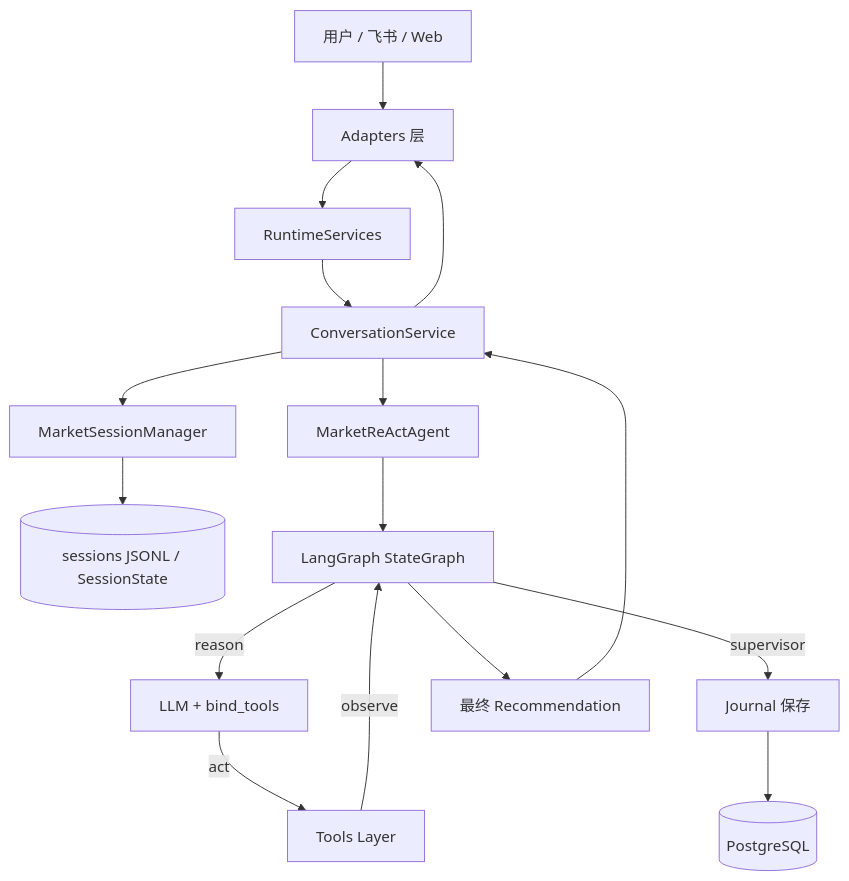
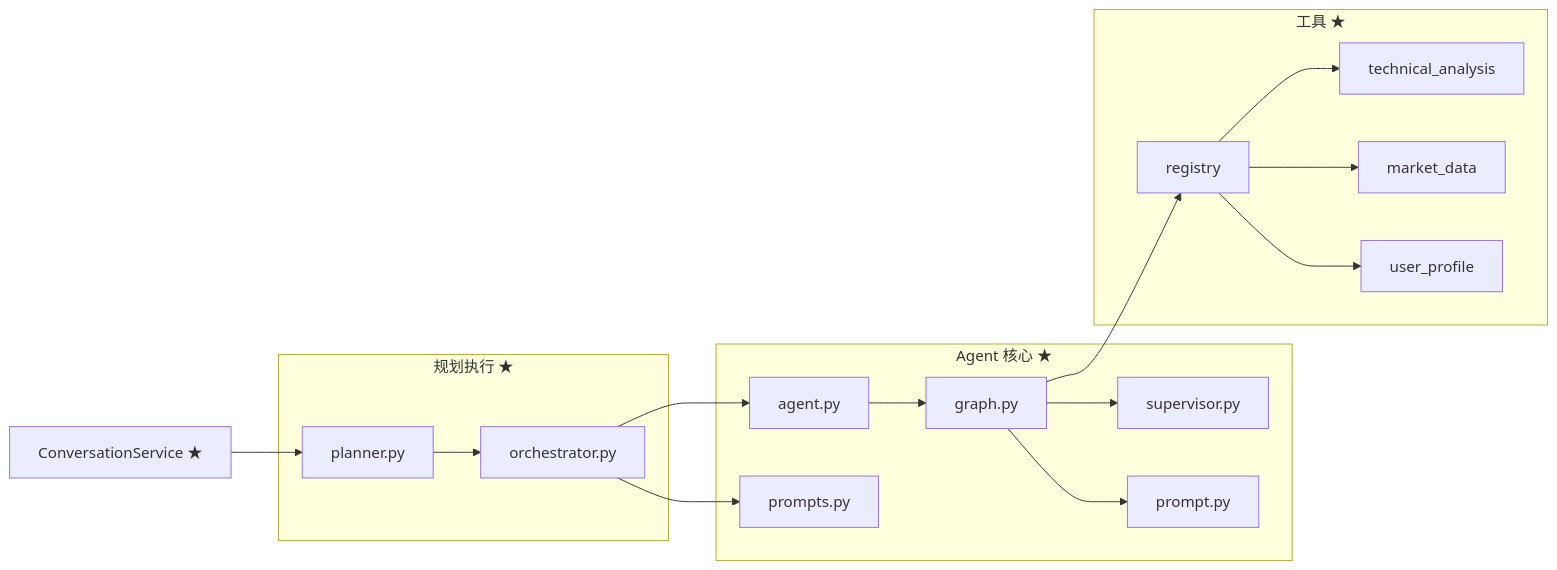
The third of 4 diagrams in docs/00_PROJECT_ARCHITECTURE.md (7Gosts/MarketAssAgent), drawn with Mermaid before and after one commit. The commit also changed other lines of this file and 27 other files, not shown here.

````diff
--- a/docs/00_PROJECT_ARCHITECTURE.md
+++ b/docs/00_PROJECT_ARCHITECTURE.md
@@ -14,18 +183,29 @@
 ```mermaid
-flowchart TD
-    User[用户 / 飞书 / Web] --> Adapters[Adapters 层]
-    Adapters --> Runtime[RuntimeServices]
-    Runtime --> Conv[ConversationService]
-    Conv --> Memory[MarketSessionManager]
-    Memory --> Sessions[(sessions JSONL / SessionState)]
-    Conv --> Agent[MarketReActAgent]
-    Agent --> Graph[LangGraph StateGraph]
-    Graph -->|reason| LLM[LLM + bind_tools]
-    LLM -->|act| Tools[Tools Layer]
-    Tools -->|observe| Graph
-    Graph -->|supervisor| Persistence[Journal 保存]
-    Persistence --> DB[(PostgreSQL)]
-    Graph --> Response[最终 Recommendation]
-    Response --> Conv
-    Conv --> Adapters
+flowchart LR
+    subgraph CoreAgent["Agent 核心 ★"]
+        A[agent.py]
+        G[graph.py]
+        S[supervisor.py]
+        P1[prompt.py]
+        P2[prompts.py]
+    end
+
+    subgraph PlanExec["规划执行 ★"]
+        PL[planner.py]
+        OR[orchestrator.py]
+    end
+
+    subgraph ToolsLayer["工具 ★"]
+        TA[technical_analysis]
+        MD[market_data]
+        UP[user_profile]
+        REG[registry]
+    end
+
+    CS[ConversationService ★] --> PL --> OR --> A
+    A --> G --> REG
+    REG --> TA & MD & UP
+    G --> S
+    OR --> P2
+    G --> P1
 ```
````
